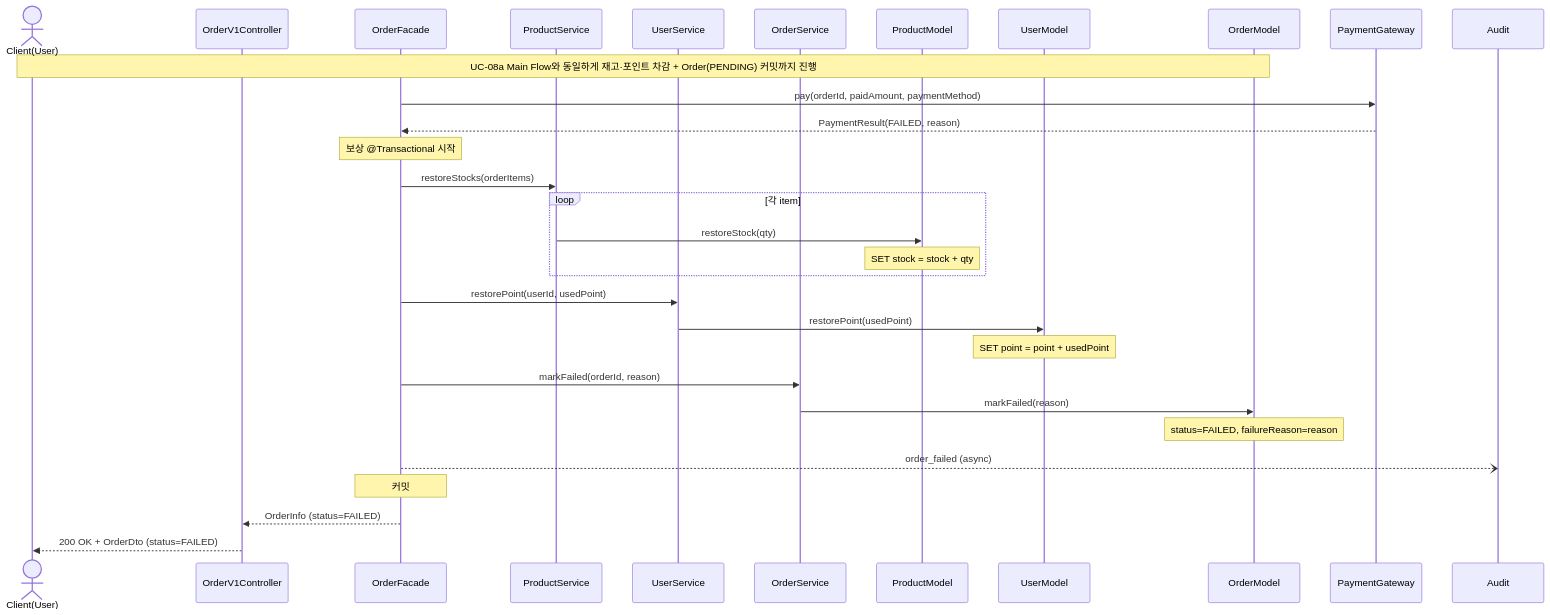
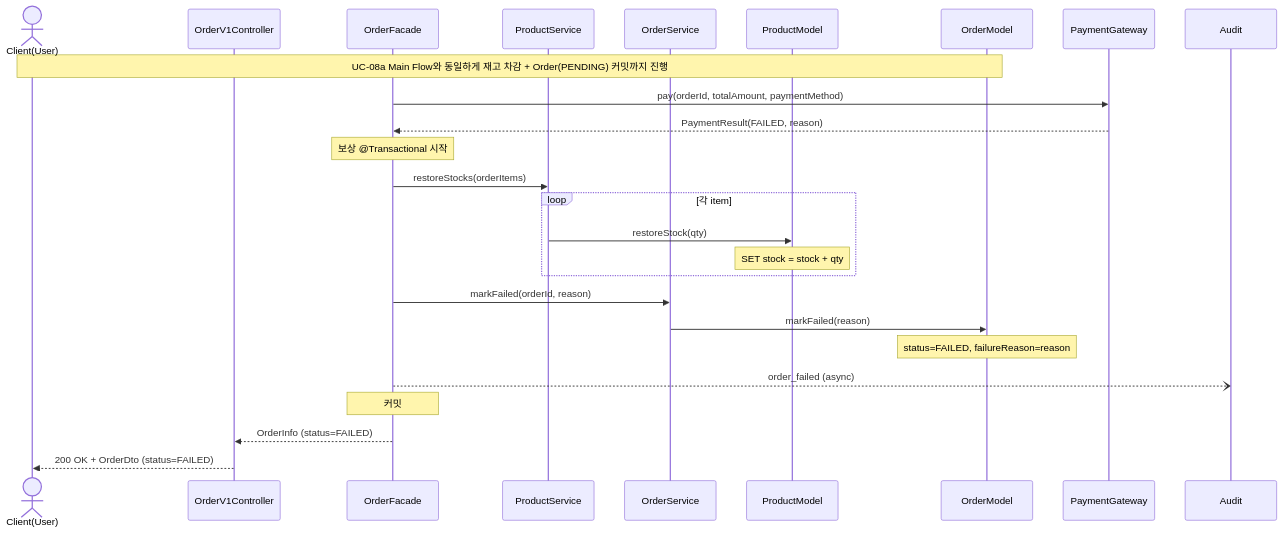
One commit to loopers-labs/loop-pack-be-l2-vol4-java changed the ninth of 14 diagrams in docs/week2/02-sequence-diagrams.md. Above: the diagram before and after it, drawn with Mermaid. The commit also changed other lines of this file and 3 other files, not shown here.

Commit message:
docs: 클래스 다이어그램 추가 및 erd 추가

````diff
--- a/docs/week2/02-sequence-diagrams.md
+++ b/docs/week2/02-sequence-diagrams.md
@@ -380,35 +371,30 @@
 ```mermaid
 sequenceDiagram
     actor C as Client(User)
     participant Ctrl as OrderV1Controller
     participant Fac as OrderFacade
     participant PSvc as ProductService
-    participant USvc as UserService
     participant OSvc as OrderService
     participant P as ProductModel
-    participant U as UserModel
     participant O as OrderModel
     participant PG as PaymentGateway
 
-    Note over C,O: UC-08a Main Flow와 동일하게 재고·포인트 차감 + Order(PENDING) 커밋까지 진행
-    Fac->>PG: pay(orderId, paidAmount, paymentMethod)
+    Note over C,O: UC-08a Main Flow와 동일하게 재고 차감 + Order(PENDING) 커밋까지 진행
+    Fac->>PG: pay(orderId, totalAmount, paymentMethod)
     PG-->>Fac: PaymentResult(FAILED, reason)
 
     Note over Fac: 보상 @Transactional 시작
     Fac->>PSvc: restoreStocks(orderItems)
     loop 각 item
         PSvc->>P: restoreStock(qty)
         Note over P: SET stock = stock + qty
     end
-    Fac->>USvc: restorePoint(userId, usedPoint)
-    USvc->>U: restorePoint(usedPoint)
-    Note over U: SET point = point + usedPoint
     Fac->>OSvc: markFailed(orderId, reason)
     OSvc->>O: markFailed(reason)
     Note over O: status=FAILED, failureReason=reason
     Fac--)Audit: order_failed (async)
     Note over Fac: 커밋
 
     Fac-->>Ctrl: OrderInfo (status=FAILED)
     Ctrl-->>C: 200 OK + OrderDto (status=FAILED)
 ```
````
